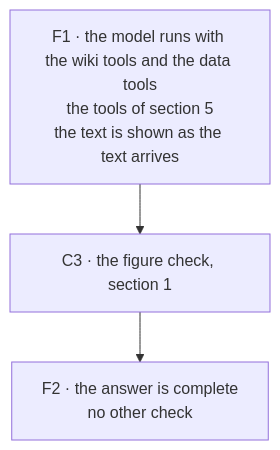
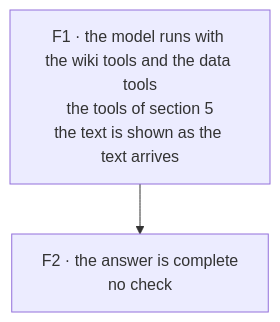
One commit to Clod/llmwiki-marimo changed the fourth of 4 diagrams in docs/query_nodes.md. Above: the diagram before and after it, drawn with Mermaid. The commit also changed other lines of this file and 12 other files, not shown here.

````diff
--- a/docs/query_nodes.md
+++ b/docs/query_nodes.md
@@ -296,7 +306,6 @@
 ```mermaid
 flowchart TD
     F1["F1 · the model runs with the wiki tools and the data tools<br/>the tools of section 5<br/>the text is shown as the text arrives"]
-    FC["C3 · the figure check, section 1"]
-    F2["F2 · the answer is complete<br/>no other check"]
-    F1 --> FC --> F2
+    F2["F2 · the answer is complete<br/>no check"]
+    F1 --> F2
 ```
````
